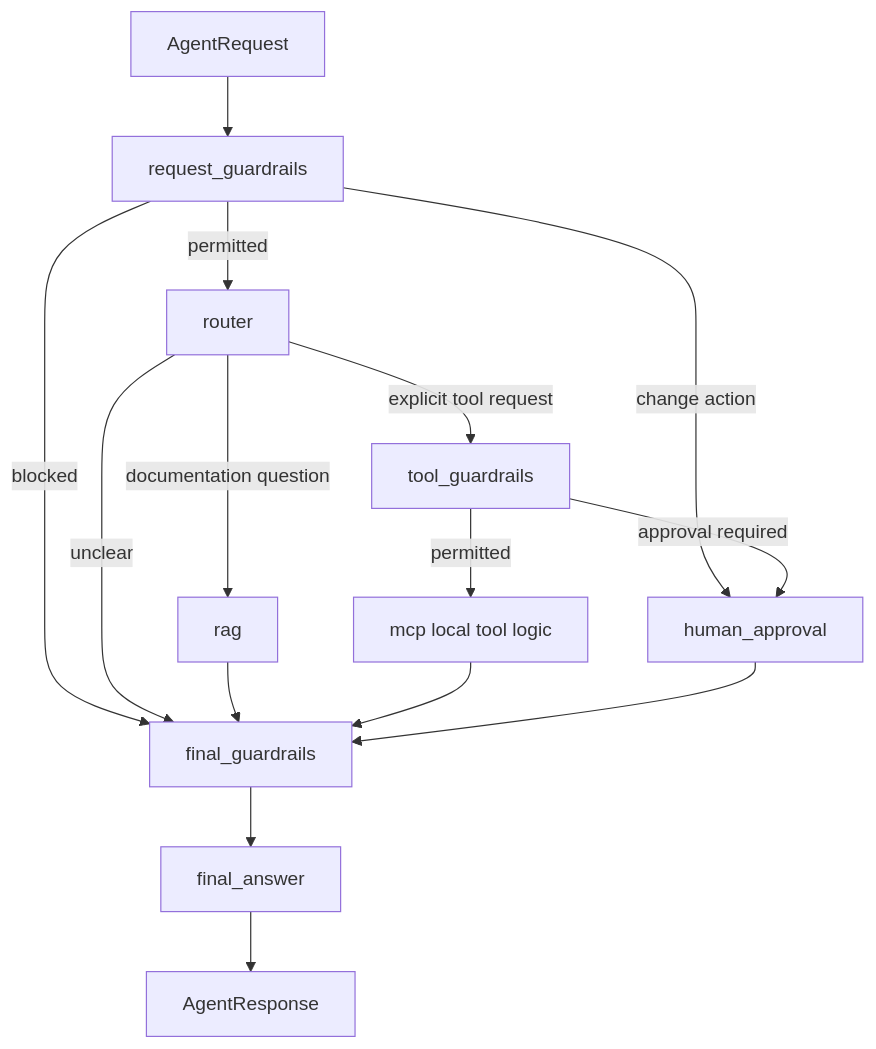
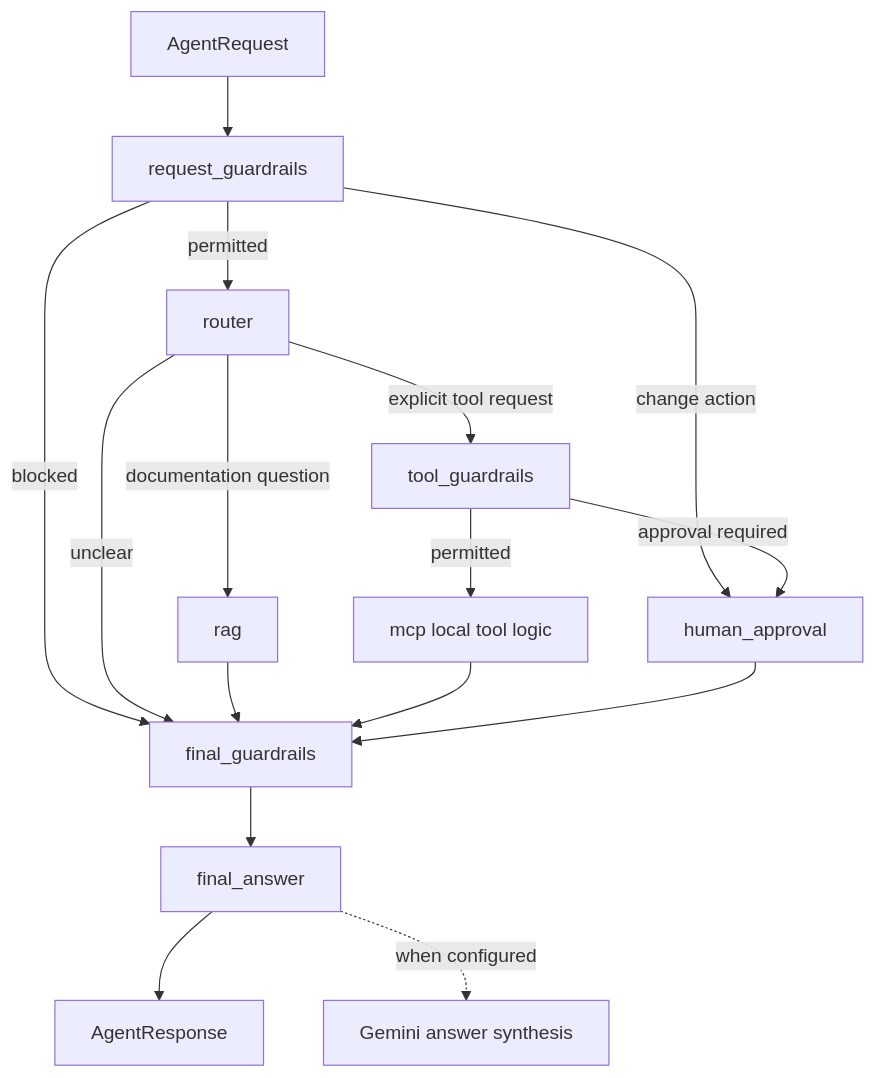
The second of 2 diagrams in docs/architecture.md (tonih23/enterprise-api-intelligence-agent), drawn with Mermaid before and after one commit. The commit also changed other lines of this file and 22 other files, not shown here.

Commit message:
Add optional Gemini answer synthesis

````diff
--- a/docs/architecture.md
+++ b/docs/architecture.md
@@ -50,17 +51,18 @@
 ```mermaid
 flowchart TD
     Start["AgentRequest"] --> RequestGuard["request_guardrails"]
     RequestGuard -->|permitted| Router["router"]
     RequestGuard -->|change action| Approval["human_approval"]
     RequestGuard -->|blocked| FinalGuard["final_guardrails"]
     Router -->|documentation question| RAG["rag"]
     Router -->|explicit tool request| ToolGuard["tool_guardrails"]
     Router -->|unclear| FinalGuard
     ToolGuard -->|permitted| Tool["mcp local tool logic"]
     ToolGuard -->|approval required| Approval
     RAG --> FinalGuard
     Tool --> FinalGuard
     Approval --> FinalGuard
     FinalGuard --> Answer["final_answer"]
     Answer --> Output["AgentResponse"]
+    Answer -. "when configured" .-> Gemini["Gemini answer synthesis"]
 ```
````
